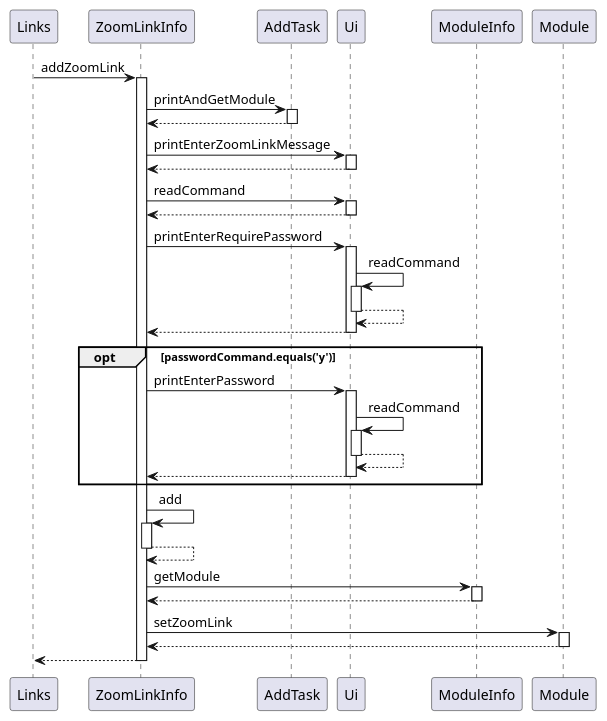
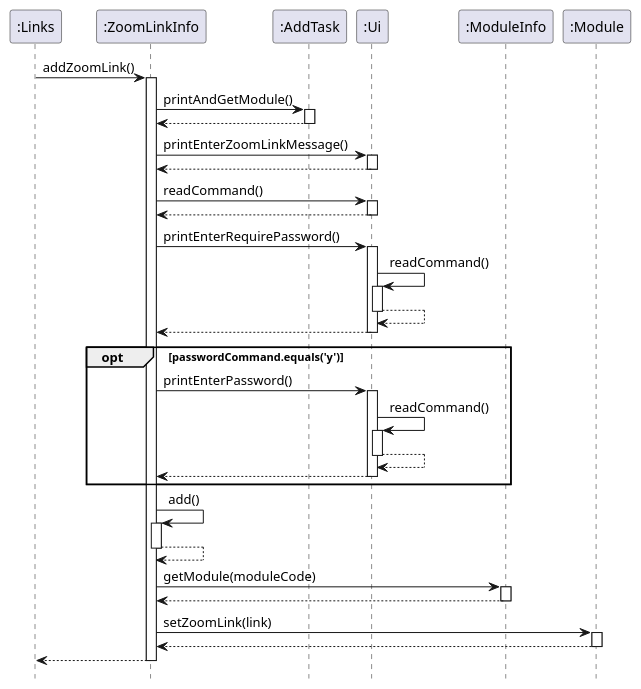
The diagram in docs/diagrams/addZoomLink.puml (nus-cs2113-AY2021S2/tp), drawn with PlantUML before and after one commit. The commit also changed 2 other files, not shown here.

```diff
--- a/docs/diagrams/addZoomLink.puml
+++ b/docs/diagrams/addZoomLink.puml
@@ -1,50 +1,51 @@
 @startuml
-participant Links
-Links -> ZoomLinkInfo : addZoomLink
-activate ZoomLinkInfo
-ZoomLinkInfo -> AddTask : printAndGetModule
-activate AddTask
-AddTask --> ZoomLinkInfo
-deactivate AddTask
-ZoomLinkInfo -> Ui : printEnterZoomLinkMessage
-activate Ui
-Ui --> ZoomLinkInfo
-deactivate Ui
-ZoomLinkInfo -> Ui : readCommand
-activate Ui
-Ui --> ZoomLinkInfo
-deactivate Ui
-ZoomLinkInfo -> Ui : printEnterRequirePassword
-activate Ui
-Ui -> Ui : readCommand
-activate Ui
-Ui --> Ui
-deactivate Ui
-Ui --> ZoomLinkInfo
-deactivate Ui
+hide footbox
+
+":Links" -> ":ZoomLinkInfo" : addZoomLink()
+activate ":ZoomLinkInfo"
+":ZoomLinkInfo" -> ":AddTask" : printAndGetModule()
+activate ":AddTask"
+":AddTask" --> ":ZoomLinkInfo"
+deactivate ":AddTask"
+":ZoomLinkInfo" -> ":Ui" : printEnterZoomLinkMessage()
+activate ":Ui"
+":Ui" --> ":ZoomLinkInfo"
+deactivate ":Ui"
+":ZoomLinkInfo" -> ":Ui" : readCommand()
+activate ":Ui"
+":Ui" --> ":ZoomLinkInfo"
+deactivate ":Ui"
+":ZoomLinkInfo" -> ":Ui" : printEnterRequirePassword()
+activate ":Ui"
+":Ui" -> ":Ui" : readCommand()
+activate ":Ui"
+":Ui" --> ":Ui"
+deactivate ":Ui"
+":Ui" --> ":ZoomLinkInfo"
+deactivate ":Ui"
 
 opt passwordCommand.equals('y')
-ZoomLinkInfo -> Ui : printEnterPassword
-activate Ui
-Ui -> Ui : readCommand
-activate Ui
-Ui --> Ui
-deactivate Ui
-Ui --> ZoomLinkInfo
-deactivate Ui
+":ZoomLinkInfo" -> ":Ui" : printEnterPassword()
+activate ":Ui"
+":Ui" -> ":Ui" : readCommand()
+activate ":Ui"
+":Ui" --> ":Ui"
+deactivate ":Ui"
+":Ui" --> ":ZoomLinkInfo"
+deactivate ":Ui"
 end
 
-ZoomLinkInfo -> ZoomLinkInfo : add
-activate ZoomLinkInfo
-ZoomLinkInfo --> ZoomLinkInfo
-deactivate ZoomLinkInfo
-ZoomLinkInfo -> ModuleInfo : getModule
-activate ModuleInfo
-ModuleInfo --> ZoomLinkInfo
-deactivate ModuleInfo
-ZoomLinkInfo -> Module : setZoomLink
-activate Module
-Module --> ZoomLinkInfo
+":ZoomLinkInfo" -> ":ZoomLinkInfo" : add()
+activate ":ZoomLinkInfo"
+":ZoomLinkInfo" --> ":ZoomLinkInfo"
+deactivate ":ZoomLinkInfo"
+":ZoomLinkInfo" -> ":ModuleInfo" : getModule(moduleCode)
+activate ":ModuleInfo"
+":ModuleInfo" --> ":ZoomLinkInfo"
+deactivate ":ModuleInfo"
+":ZoomLinkInfo" -> ":Module" : setZoomLink(link)
+activate ":Module"
+":Module" --> ":ZoomLinkInfo"
 deactivate
 return
 @enduml
```
